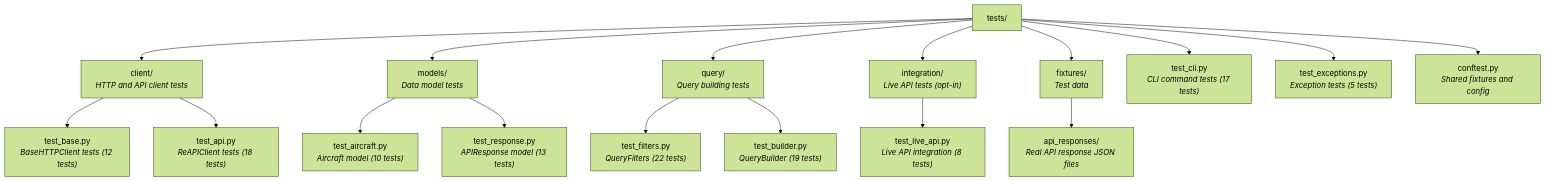
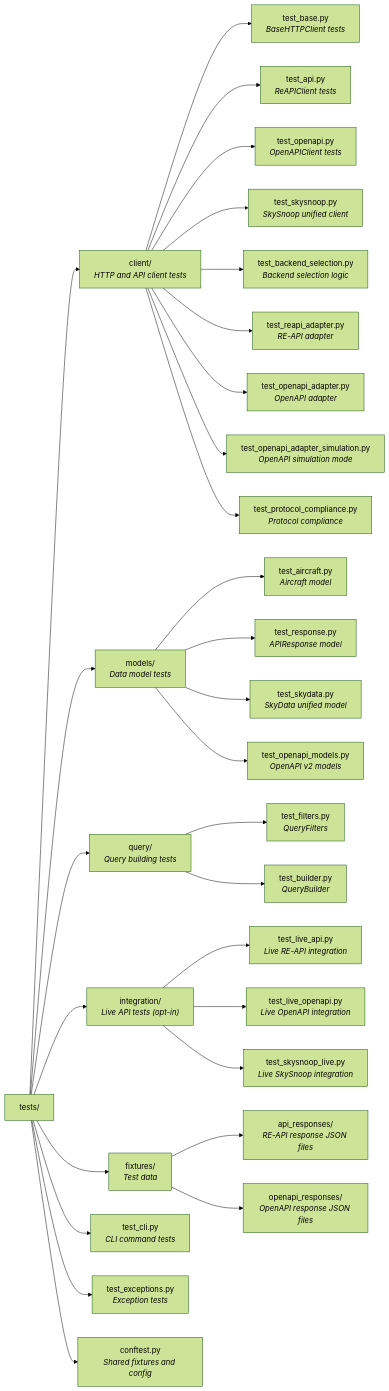
Before and after one commit to tedivm/skysnoop: the diagram in docs/dev/testing.md, drawn with Mermaid (forest theme). The commit also changed other lines of this file and 45 other files, not shown here.

Commit message:
Create a high level unified client

````diff
--- a/docs/dev/testing.md
+++ b/docs/dev/testing.md
@@ -15,26 +15,38 @@
 ```mermaid
-graph TD
+flowchart LR
     tests["tests/"]
 
     tests --> client["client/<br/><i>HTTP and API client tests</i>"]
     tests --> models["models/<br/><i>Data model tests</i>"]
     tests --> query["query/<br/><i>Query building tests</i>"]
     tests --> integration["integration/<br/><i>Live API tests (opt-in)</i>"]
     tests --> fixtures["fixtures/<br/><i>Test data</i>"]
-    tests --> cli["test_cli.py<br/><i>CLI command tests (17 tests)</i>"]
-    tests --> exceptions["test_exceptions.py<br/><i>Exception tests (5 tests)</i>"]
+    tests --> cli["test_cli.py<br/><i>CLI command tests</i>"]
+    tests --> exceptions["test_exceptions.py<br/><i>Exception tests</i>"]
     tests --> conftest["conftest.py<br/><i>Shared fixtures and config</i>"]
 
-    client --> base["test_base.py<br/><i>BaseHTTPClient tests (12 tests)</i>"]
-    client --> api["test_api.py<br/><i>ReAPIClient tests (18 tests)</i>"]
+    client --> base["test_base.py<br/><i>BaseHTTPClient tests</i>"]
+    client --> api["test_api.py<br/><i>ReAPIClient tests</i>"]
+    client --> openapi["test_openapi.py<br/><i>OpenAPIClient tests</i>"]
+    client --> skysnoop["test_skysnoop.py<br/><i>SkySnoop unified client</i>"]
+    client --> backend_sel["test_backend_selection.py<br/><i>Backend selection logic</i>"]
+    client --> reapi_adapter["test_reapi_adapter.py<br/><i>RE-API adapter</i>"]
+    client --> openapi_adapter["test_openapi_adapter.py<br/><i>OpenAPI adapter</i>"]
+    client --> openapi_sim["test_openapi_adapter_simulation.py<br/><i>OpenAPI simulation mode</i>"]
+    client --> protocol["test_protocol_compliance.py<br/><i>Protocol compliance</i>"]
 
-    models --> aircraft["test_aircraft.py<br/><i>Aircraft model (10 tests)</i>"]
-    models --> response["test_response.py<br/><i>APIResponse model (13 tests)</i>"]
+    models --> aircraft["test_aircraft.py<br/><i>Aircraft model</i>"]
+    models --> response["test_response.py<br/><i>APIResponse model</i>"]
+    models --> skydata["test_skydata.py<br/><i>SkyData unified model</i>"]
+    models --> openapi_models["test_openapi_models.py<br/><i>OpenAPI v2 models</i>"]
 
-    query --> qfilters["test_filters.py<br/><i>QueryFilters (22 tests)</i>"]
-    query --> builder["test_builder.py<br/><i>QueryBuilder (19 tests)</i>"]
+    query --> qfilters["test_filters.py<br/><i>QueryFilters</i>"]
+    query --> builder["test_builder.py<br/><i>QueryBuilder</i>"]
 
-    integration --> live["test_live_api.py<br/><i>Live API integration (8 tests)</i>"]
+    integration --> live_api["test_live_api.py<br/><i>Live RE-API integration</i>"]
+    integration --> live_openapi["test_live_openapi.py<br/><i>Live OpenAPI integration</i>"]
+    integration --> live_skysnoop["test_skysnoop_live.py<br/><i>Live SkySnoop integration</i>"]
 
-    fixtures --> apiresponses["api_responses/<br/><i>Real API response JSON files</i>"]
+    fixtures --> apiresponses["api_responses/<br/><i>RE-API response JSON files</i>"]
+    fixtures --> openapiresponses["openapi_responses/<br/><i>OpenAPI response JSON files</i>"]
 ```
````
